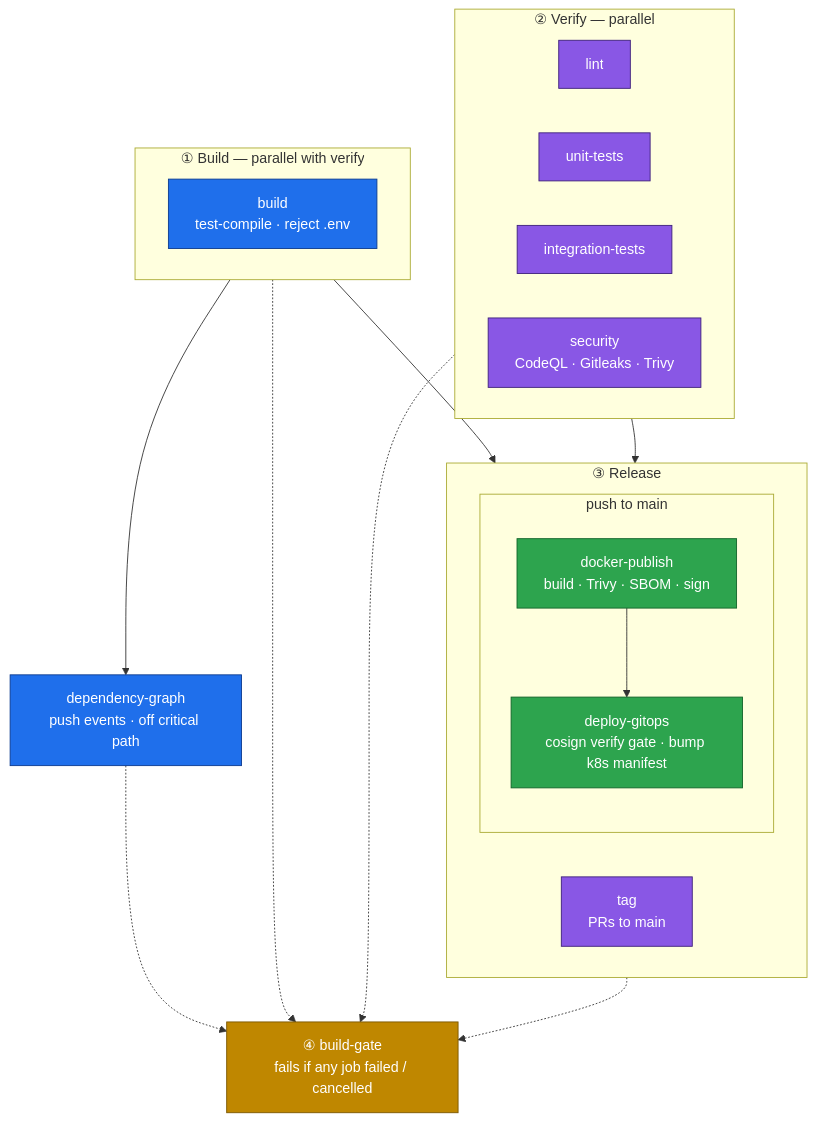
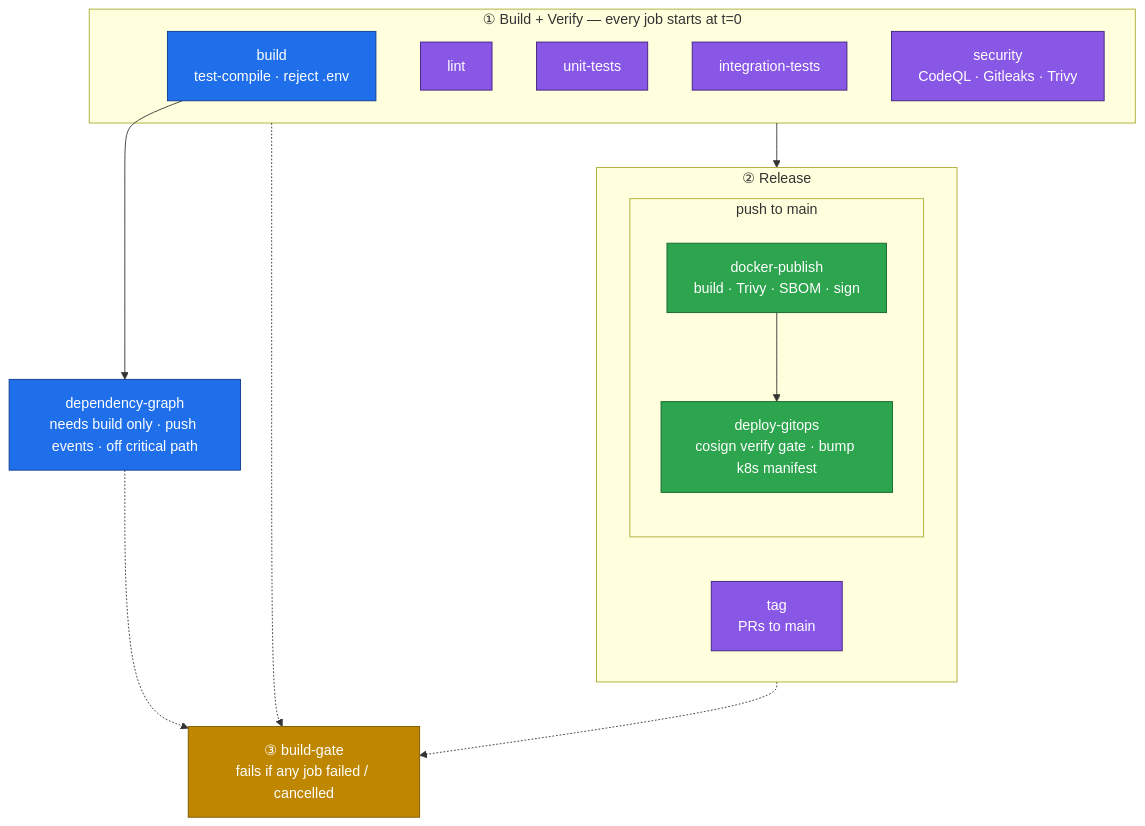
The diagram in README.md (Bigorno12/ci-cd-templates), drawn with Mermaid before and after one commit. The commit also changed other lines of this file and 7 other files, not shown here.

Commit message:
refactor(group-parallel-job): Group parallel job (#65)

````diff
--- a/README.md
+++ b/README.md
@@ -53,47 +53,41 @@
 ```mermaid
 flowchart TD
-    subgraph s1["① Build — parallel with verify"]
+    subgraph s1["① Build + Verify — every job starts at t=0"]
         B["build<br/>test-compile · reject .env"]
-    end
-
-    DG["dependency-graph<br/>push events · off critical path"]
-
-    subgraph s2["② Verify — parallel"]
-        direction LR
         L["lint"]
         U["unit-tests"]
         I["integration-tests"]
         SEC["security<br/>CodeQL · Gitleaks · Trivy"]
     end
 
-    subgraph s3["③ Release"]
+    DG["dependency-graph<br/>needs build only · push events · off critical path"]
+
+    subgraph s2["② Release"]
         direction LR
         T["tag<br/>PRs to main"]
-        subgraph s3b["push to main"]
+        subgraph s2b["push to main"]
             direction TB
             D["docker-publish<br/>build · Trivy · SBOM · sign"]
             G["deploy-gitops<br/>cosign verify gate · bump k8s manifest"]
             D --> G
         end
     end
 
-    GATE["④ build-gate<br/>fails if any job failed / cancelled"]
+    GATE["③ build-gate<br/>fails if any job failed / cancelled"]
 
-    s1 --> DG
-    s1 --> s3
-    s2 --> s3
+    B --> DG
+    s1 --> s2
     s1 -.-> GATE
     DG -.-> GATE
     s2 -.-> GATE
-    s3 -.-> GATE
 
     classDef build  fill:#1f6feb,stroke:#0b3a8f,color:#fff;
     classDef verify fill:#8957e5,stroke:#3d1f7a,color:#fff;
     classDef supply fill:#2da44e,stroke:#116329,color:#fff;
     classDef gate   fill:#bf8700,stroke:#7a5600,color:#fff;
 
     class B,DG build;
     class L,U,I,SEC,T verify;
     class D,G supply;
     class GATE gate;
 ```
````
